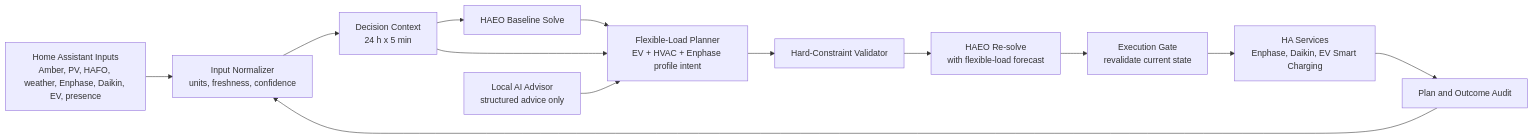
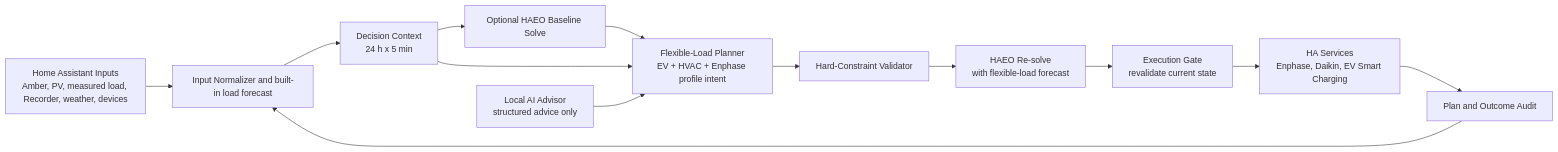
Before and after one commit to barneyonline/ha-energy-planner: the diagram in ha-energy-planner-spec.md, drawn with Mermaid. The commit also changed other lines of this file and 39 other files, not shown here.

Commit message:
Add built-in household load forecasting

````diff
--- a/ha-energy-planner-spec.md
+++ b/ha-energy-planner-spec.md
@@ -123,15 +130,15 @@
 ```mermaid
 flowchart LR
-  S["Home Assistant Inputs\nAmber, PV, HAFO, weather, Enphase, Daikin, EV, presence"] --> N["Input Normalizer\nunits, freshness, confidence"]
+  S["Home Assistant Inputs\nAmber, PV, measured load, Recorder, weather, devices"] --> N["Input Normalizer and built-in load forecast"]
   N --> C["Decision Context\n24 h x 5 min"]
-  C --> H1["HAEO Baseline Solve"]
+  C --> H1["Optional HAEO Baseline Solve"]
   H1 --> P["Flexible-Load Planner\nEV + HVAC + Enphase profile intent"]
   C --> P
   A["Local AI Advisor\nstructured advice only"] --> P
   P --> V["Hard-Constraint Validator"]
   V --> H2["HAEO Re-solve\nwith flexible-load forecast"]
   H2 --> X["Execution Gate\nrevalidate current state"]
   X --> D["HA Services\nEnphase, Daikin, EV Smart Charging"]
   D --> O["Plan and Outcome Audit"]
   O --> N
 ```
````
